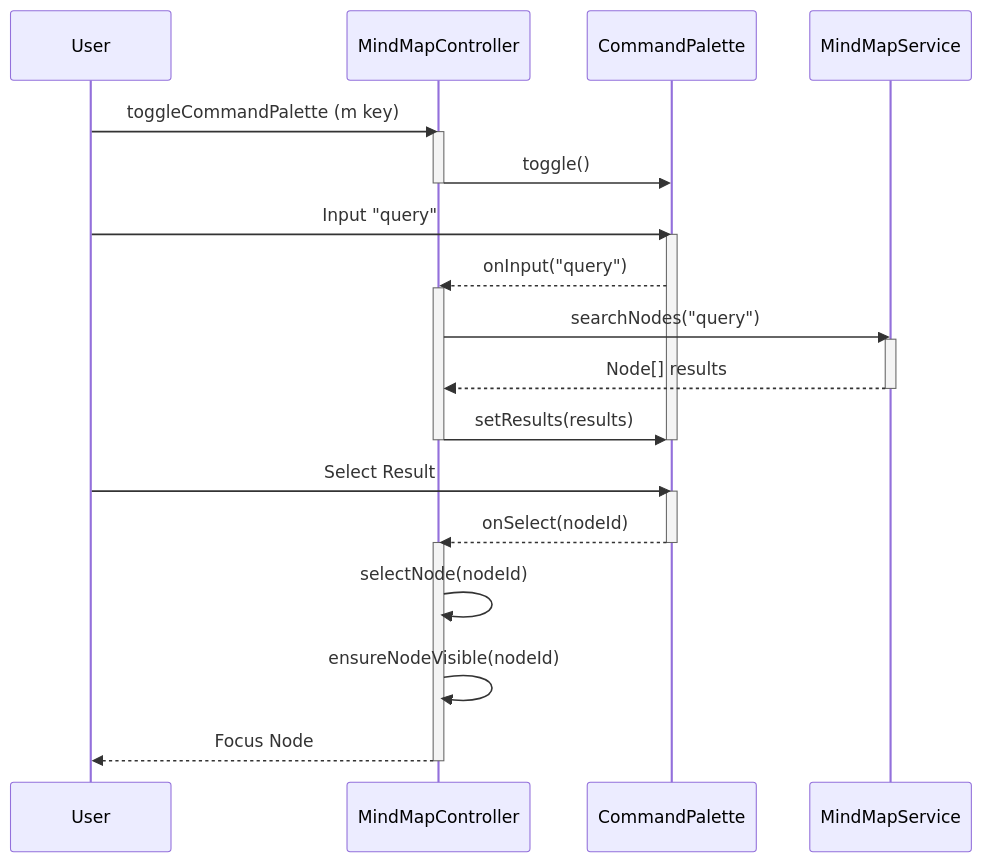
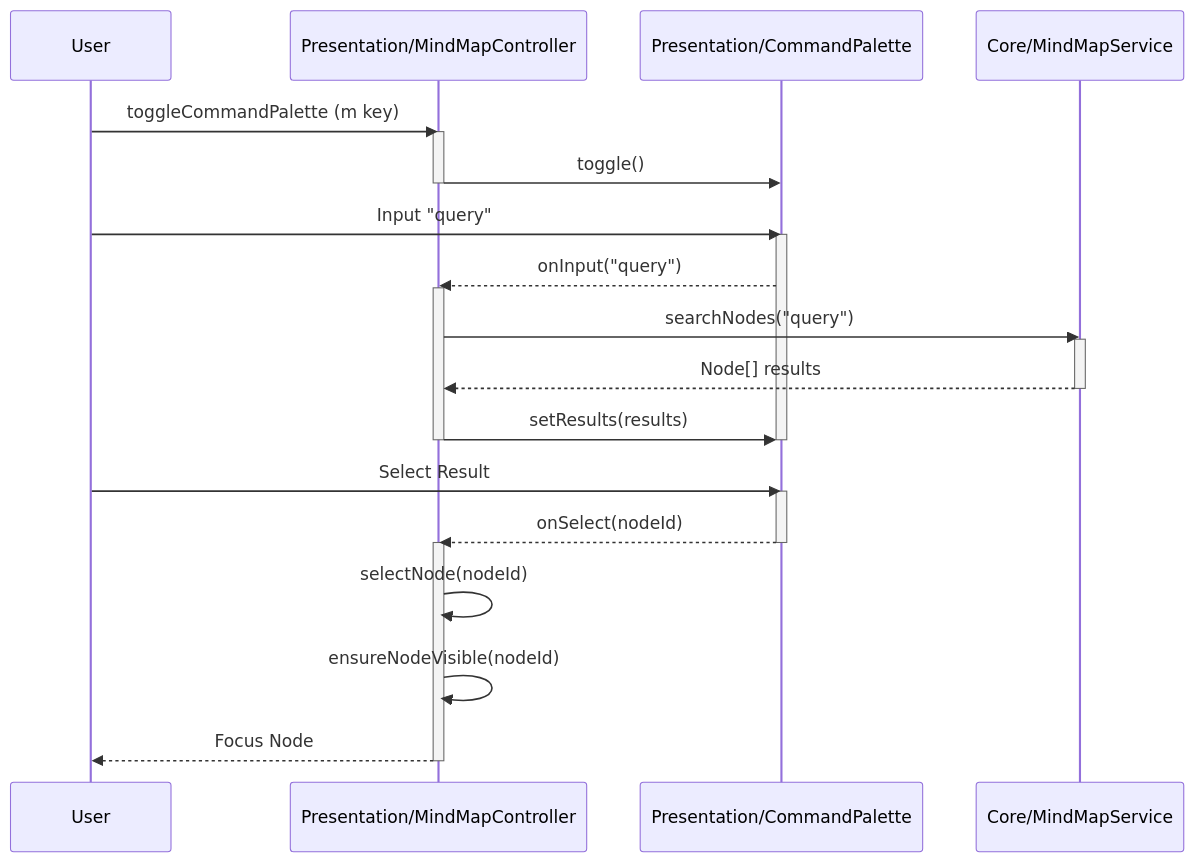
The sixth of 6 diagrams in docs/SOFTWARE_ARCHITECTURE.md (hiroooo000/kakidash), drawn with Mermaid before and after one commit. The commit also changed other lines of this file and 6 other files, not shown here.

Commit message:
docs: update architecture documentation and diagrams for Package by Feature

````diff
--- a/docs/SOFTWARE_ARCHITECTURE.md
+++ b/docs/SOFTWARE_ARCHITECTURE.md
@@ -361,37 +300,37 @@
 ```mermaid
 sequenceDiagram
     participant User
-    participant Controller as MindMapController
-    participant Palette as CommandPalette
-    participant Service as MindMapService
+    participant Controller as Presentation/MindMapController
+    participant Palette as Presentation/CommandPalette
+    participant Service as Core/MindMapService
 
     User->>Controller: toggleCommandPalette (m key)
     activate Controller
     Controller->>Palette: toggle()
     deactivate Controller
 
     User->>Palette: Input "query"
     activate Palette
     Palette-->>Controller: onInput("query")
     activate Controller
 
     Controller->>Service: searchNodes("query")
     activate Service
     Service-->>Controller: Node[] results
     deactivate Service
 
     Controller->>Palette: setResults(results)
     deactivate Controller
     deactivate Palette
 
     User->>Palette: Select Result
     activate Palette
     Palette-->>Controller: onSelect(nodeId)
     deactivate Palette
     activate Controller
 
     Controller->>Controller: selectNode(nodeId)
     Controller->>Controller: ensureNodeVisible(nodeId)
     Controller-->>User: Focus Node
     deactivate Controller
 ```
````
